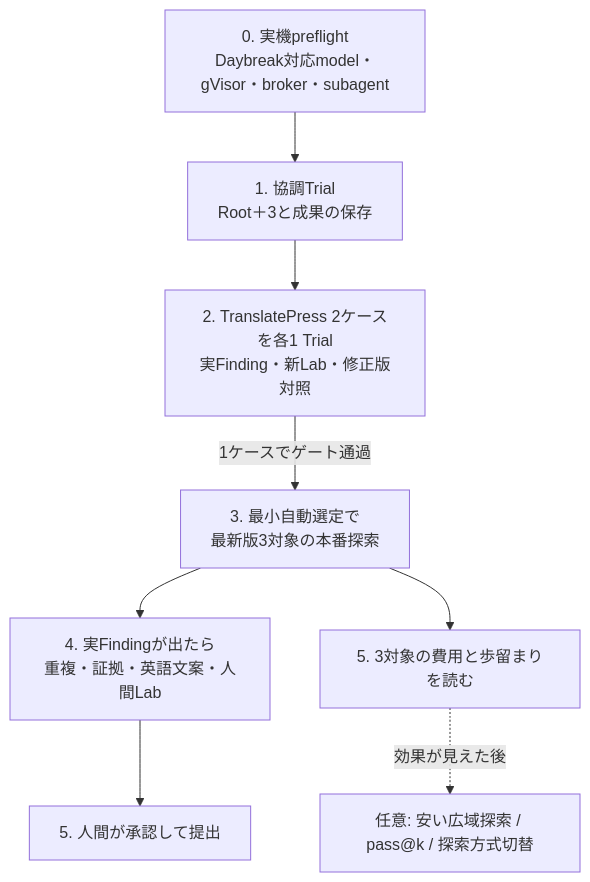
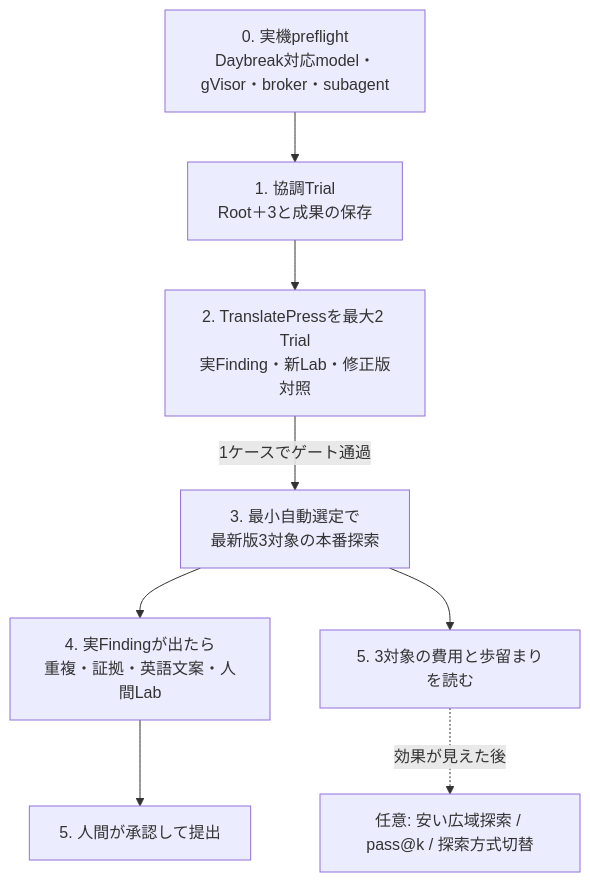
The second of 2 diagrams in docs/IMPLEMENTATION-PLAN.md (momoponwork1415-lgtm/wordpress-bounty-harness), drawn with Mermaid before and after one commit. The commit also changed other lines of this file and 6 other files, not shown here.

Commit message:
Stop TranslatePress benchmark once readiness is proven

````diff
--- a/docs/IMPLEMENTATION-PLAN.md
+++ b/docs/IMPLEMENTATION-PLAN.md
@@ -37,10 +37,10 @@
 ```mermaid
 flowchart TB
   P0[0. 実機preflight<br/>Daybreak対応model・gVisor・broker・subagent] --> P1[1. 協調Trial<br/>Root＋3と成果の保存]
-  P1 --> P2[2. TranslatePress 2ケースを各1 Trial<br/>実Finding・新Lab・修正版対照]
+  P1 --> P2[2. TranslatePressを最大2 Trial<br/>実Finding・新Lab・修正版対照]
   P2 -->|1ケースでゲート通過| P3[3. 最小自動選定で<br/>最新版3対象の本番探索]
   P3 --> P4[4. 実Findingが出たら<br/>重複・証拠・英語文案・人間Lab]
   P3 --> P5[5. 3対象の費用と歩留まりを読む]
   P4 --> P6[5. 人間が承認して提出]
   P5 -.効果が見えた後.-> O[任意: 安い広域探索 / pass@k / 探索方式切替]
 ```
````
